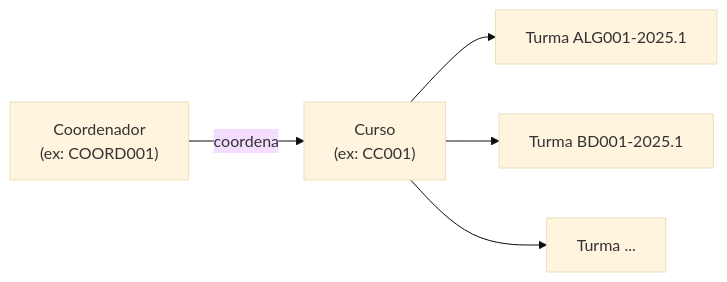
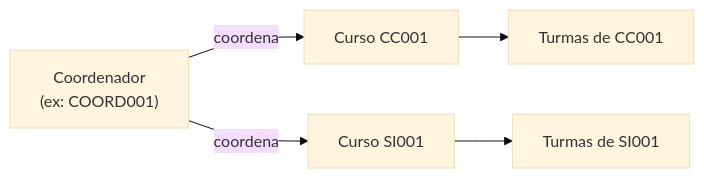
One commit to ldasistemas/proextend-integration-docs changed the fourth of 10 diagrams in docs/conceitos-fundamentais.md. Above: the diagram before and after it, drawn with Mermaid (base theme). The commit also changed other lines of this file and 11 other files, not shown here.

````diff
--- a/docs/conceitos-fundamentais.md
+++ b/docs/conceitos-fundamentais.md
@@ -310,13 +340,11 @@
 ```mermaid
 flowchart LR
     COORD["Coordenador\n(ex: COORD001)"]
-    CURSO["Curso\n(ex: CC001)"]
-    T1["Turma ALG001-2025.1"]
-    T2["Turma BD001-2025.1"]
-    T3["Turma ... "]
+    C1["Curso CC001"]
+    C2["Curso SI001"]
+    T1["Turmas de CC001"]
+    T2["Turmas de SI001"]
 
-    COORD -->|coordena| CURSO
-    CURSO --> T1
-    CURSO --> T2
-    CURSO --> T3
+    COORD -->|coordena| C1 --> T1
+    COORD -->|coordena| C2 --> T2
 ```
````
